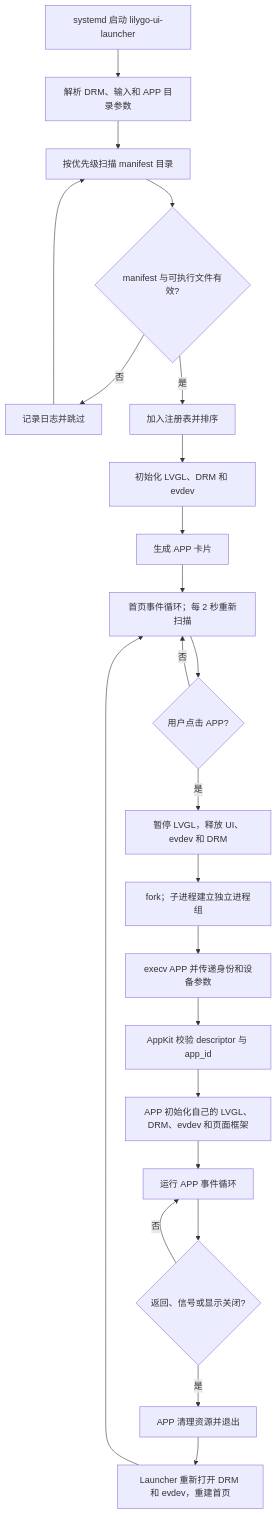
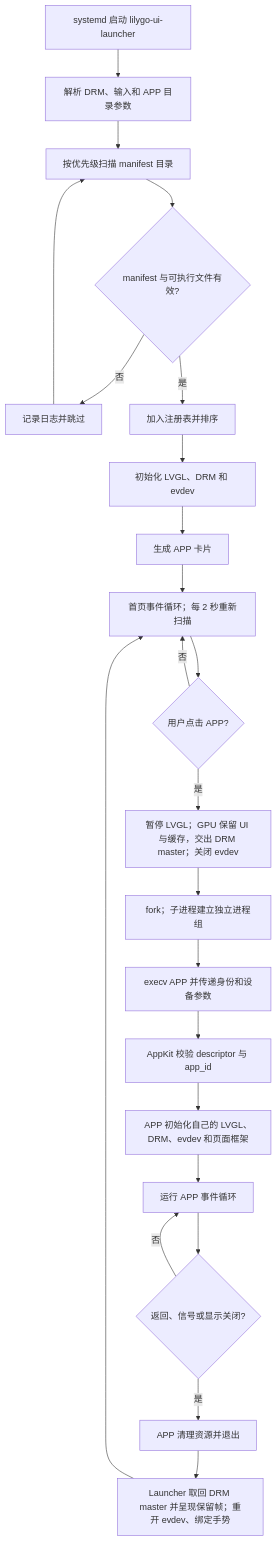
Before and after one commit to LILYGO-UI/launcher: the third of 3 diagrams in docs/launcher-app-lifecycle.md, drawn with Mermaid. The commit also changed other lines of this file and 63 other files, not shown here.

````diff
--- a/docs/launcher-app-lifecycle.md
+++ b/docs/launcher-app-lifecycle.md
@@ -37,25 +98,25 @@
 ```mermaid
 flowchart TD
     A["systemd 启动 lilygo-ui-launcher"] --> B["解析 DRM、输入和 APP 目录参数"]
     B --> C["按优先级扫描 manifest 目录"]
     C --> D{"manifest 与可执行文件有效?"}
     D -- "否" --> E["记录日志并跳过"]
     E --> C
     D -- "是" --> F["加入注册表并排序"]
     F --> G["初始化 LVGL、DRM 和 evdev"]
     G --> H["生成 APP 卡片"]
     H --> I["首页事件循环；每 2 秒重新扫描"]
     I --> J{"用户点击 APP?"}
     J -- "否" --> I
-    J -- "是" --> K["暂停 LVGL，释放 UI、evdev 和 DRM"]
+    J -- "是" --> K["暂停 LVGL；GPU 保留 UI 与缓存，交出 DRM master；关闭 evdev"]
     K --> L["fork；子进程建立独立进程组"]
     L --> M["execv APP 并传递身份和设备参数"]
     M --> N["AppKit 校验 descriptor 与 app_id"]
     N --> O["APP 初始化自己的 LVGL、DRM、evdev 和页面框架"]
     O --> P["运行 APP 事件循环"]
     P --> Q{"返回、信号或显示关闭?"}
     Q -- "否" --> P
     Q -- "是" --> R["APP 清理资源并退出"]
-    R --> S["Launcher 重新打开 DRM 和 evdev，重建首页"]
+    R --> S["Launcher 取回 DRM master 并呈现保留帧；重开 evdev、绑定手势"]
     S --> I
 ```
````
